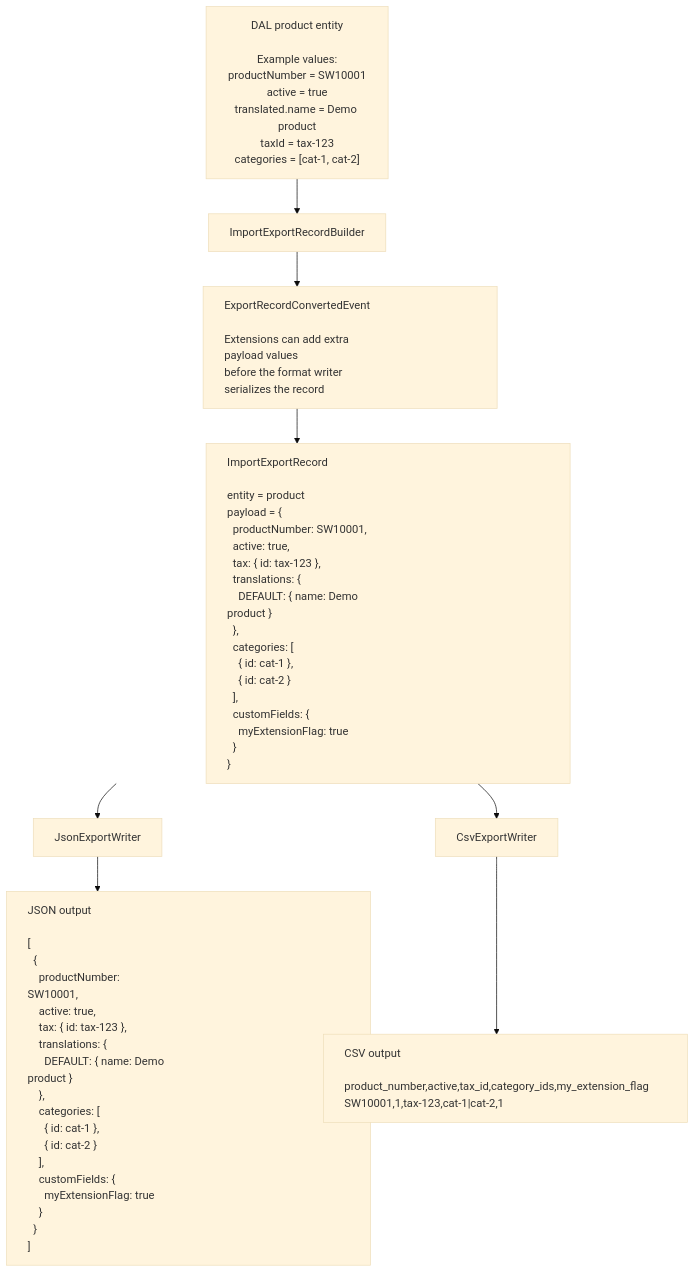
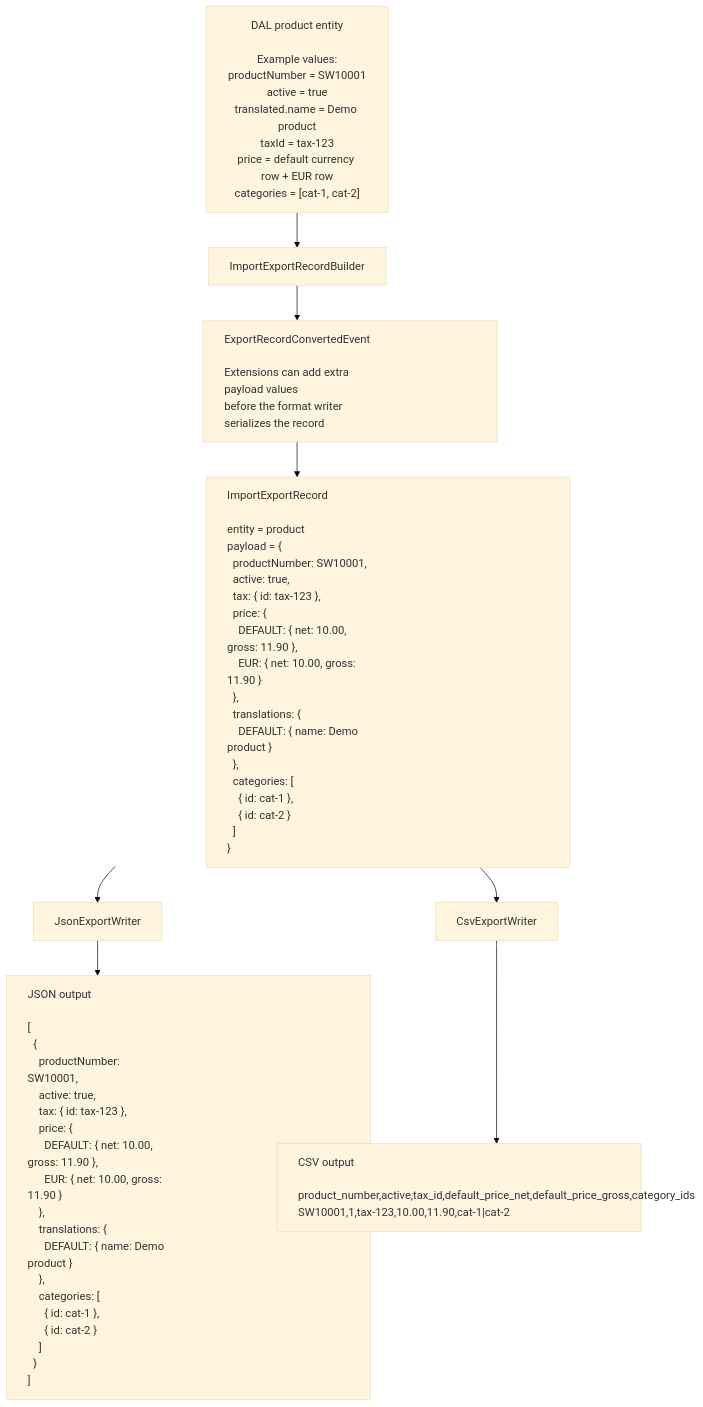
Before and after one commit to shopware/shopware: the second of 4 diagrams in src/Core/Content/ImportExportV2/docs/flow.md, drawn with Mermaid (base theme). The commit also changed other lines of this file and 5 other files, not shown here.

````diff
--- a/src/Core/Content/ImportExportV2/docs/flow.md
+++ b/src/Core/Content/ImportExportV2/docs/flow.md
@@ -129,28 +120,29 @@
 ```mermaid
 
 flowchart TD
     A["DAL product entity
 
 Example values:
 productNumber = SW10001
 active = true
 translated.name = Demo product
 taxId = tax-123
+price = default currency row + EUR row
 categories = [cat-1, cat-2]"] --> B["ImportExportRecordBuilder"]
 
     B --> C["ExportRecordConvertedEvent<br/><br/>Extensions can add extra payload values<br/>before the format writer serializes the record"]
-    C --> D["ImportExportRecord<br/><br/>entity = product<br/>payload = {<br/>&nbsp;&nbsp;productNumber: SW10001,<br/>&nbsp;&nbsp;active: true,<br/>&nbsp;&nbsp;tax: { id: tax-123 },<br/>&nbsp;&nbsp;translations: {<br/>&nbsp;&nbsp;&nbsp;&nbsp;DEFAULT: { name: Demo product }<br/>&nbsp;&nbsp;},<br/>&nbsp;&nbsp;categories: [<br/>&nbsp;&nbsp;&nbsp;&nbsp;{ id: cat-1 },<br/>&nbsp;&nbsp;&nbsp;&nbsp;{ id: cat-2 }<br/>&nbsp;&nbsp;],<br/>&nbsp;&nbsp;customFields: {<br/>&nbsp;&nbsp;&nbsp;&nbsp;myExtensionFlag: true<br/>&nbsp;&nbsp;}<br/>}"]
+    C --> D["ImportExportRecord<br/><br/>entity = product<br/>payload = {<br/>&nbsp;&nbsp;productNumber: SW10001,<br/>&nbsp;&nbsp;active: true,<br/>&nbsp;&nbsp;tax: { id: tax-123 },<br/>&nbsp;&nbsp;price: {<br/>&nbsp;&nbsp;&nbsp;&nbsp;DEFAULT: { net: 10.00, gross: 11.90 },<br/>&nbsp;&nbsp;&nbsp;&nbsp;EUR: { net: 10.00, gross: 11.90 }<br/>&nbsp;&nbsp;},<br/>&nbsp;&nbsp;translations: {<br/>&nbsp;&nbsp;&nbsp;&nbsp;DEFAULT: { name: Demo product }<br/>&nbsp;&nbsp;},<br/>&nbsp;&nbsp;categories: [<br/>&nbsp;&nbsp;&nbsp;&nbsp;{ id: cat-1 },<br/>&nbsp;&nbsp;&nbsp;&nbsp;{ id: cat-2 }<br/>&nbsp;&nbsp;]<br/>}"]
 
     style C width:420px,text-align:left
     style D width:520px,text-align:left
 
     D --> E["JsonExportWriter"]
     D --> F["CsvExportWriter"]
 
-    E --> G["JSON output<br/><br/>[<br/>&nbsp;&nbsp;{<br/>&nbsp;&nbsp;&nbsp;&nbsp;productNumber: SW10001,<br/>&nbsp;&nbsp;&nbsp;&nbsp;active: true,<br/>&nbsp;&nbsp;&nbsp;&nbsp;tax: { id: tax-123 },<br/>&nbsp;&nbsp;&nbsp;&nbsp;translations: {<br/>&nbsp;&nbsp;&nbsp;&nbsp;&nbsp;&nbsp;DEFAULT: { name: Demo product }<br/>&nbsp;&nbsp;&nbsp;&nbsp;},<br/>&nbsp;&nbsp;&nbsp;&nbsp;categories: [<br/>&nbsp;&nbsp;&nbsp;&nbsp;&nbsp;&nbsp;{ id: cat-1 },<br/>&nbsp;&nbsp;&nbsp;&nbsp;&nbsp;&nbsp;{ id: cat-2 }<br/>&nbsp;&nbsp;&nbsp;&nbsp;],<br/>&nbsp;&nbsp;&nbsp;&nbsp;customFields: {<br/>&nbsp;&nbsp;&nbsp;&nbsp;&nbsp;&nbsp;myExtensionFlag: true<br/>&nbsp;&nbsp;&nbsp;&nbsp;}<br/>&nbsp;&nbsp;}<br/>]"]
-    F --> H["CSV output<br/><br/>product_number,active,tax_id,category_ids,my_extension_flag<br/>SW10001,1,tax-123,cat-1|cat-2,1"]
+    E --> G["JSON output<br/><br/>[<br/>&nbsp;&nbsp;{<br/>&nbsp;&nbsp;&nbsp;&nbsp;productNumber: SW10001,<br/>&nbsp;&nbsp;&nbsp;&nbsp;active: true,<br/>&nbsp;&nbsp;&nbsp;&nbsp;tax: { id: tax-123 },<br/>&nbsp;&nbsp;&nbsp;&nbsp;price: {<br/>&nbsp;&nbsp;&nbsp;&nbsp;&nbsp;&nbsp;DEFAULT: { net: 10.00, gross: 11.90 },<br/>&nbsp;&nbsp;&nbsp;&nbsp;&nbsp;&nbsp;EUR: { net: 10.00, gross: 11.90 }<br/>&nbsp;&nbsp;&nbsp;&nbsp;},<br/>&nbsp;&nbsp;&nbsp;&nbsp;translations: {<br/>&nbsp;&nbsp;&nbsp;&nbsp;&nbsp;&nbsp;DEFAULT: { name: Demo product }<br/>&nbsp;&nbsp;&nbsp;&nbsp;},<br/>&nbsp;&nbsp;&nbsp;&nbsp;categories: [<br/>&nbsp;&nbsp;&nbsp;&nbsp;&nbsp;&nbsp;{ id: cat-1 },<br/>&nbsp;&nbsp;&nbsp;&nbsp;&nbsp;&nbsp;{ id: cat-2 }<br/>&nbsp;&nbsp;&nbsp;&nbsp;]<br/>&nbsp;&nbsp;}<br/>]"]
+    F --> H["CSV output<br/><br/>product_number,active,tax_id,default_price_net,default_price_gross,category_ids<br/>SW10001,1,tax-123,10.00,11.90,cat-1|cat-2"]
 
     style G width:520px,text-align:left
     style H width:520px,text-align:left
 
 ```
````
